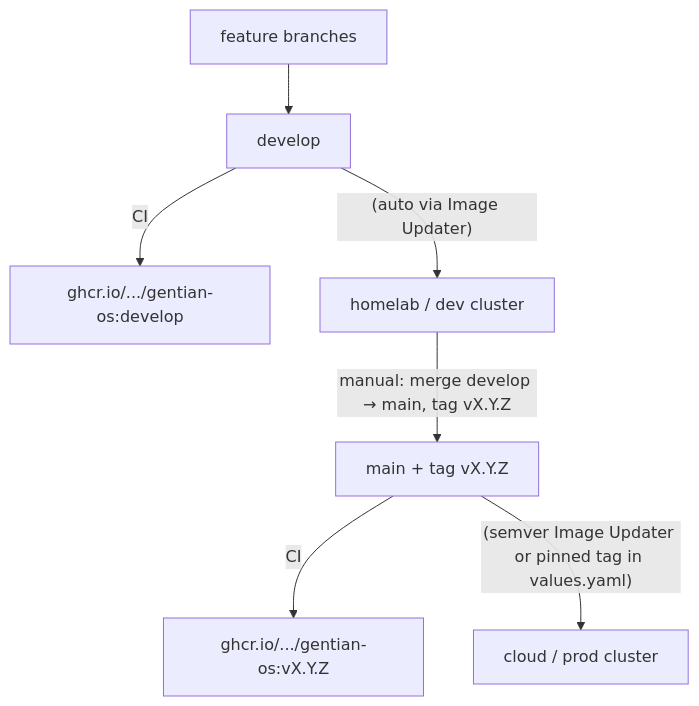
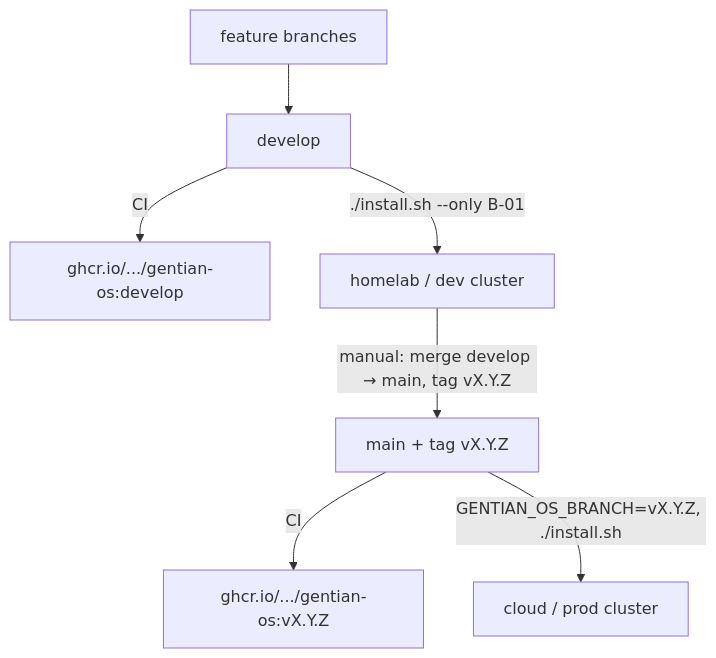
Before and after one commit to gentian-org/gentian-os: the first of 2 diagrams in docs/deployment.md, drawn with Mermaid. The commit also changed other lines of this file and 27 other files, not shown here.

````diff
--- a/docs/deployment.md
+++ b/docs/deployment.md
@@ -469,17 +356,17 @@
 ```mermaid
 flowchart TD
     FeatureBranches["feature branches"]
     Develop["develop"]
     ImageDev["ghcr.io/.../gentian-os:develop"]
     DevCluster["homelab / dev cluster"]
     Main["main + tag vX.Y.Z"]
     ImageProd["ghcr.io/.../gentian-os:vX.Y.Z"]
     ProdCluster["cloud / prod cluster"]
     
     FeatureBranches --> Develop
     Develop -->|"CI"| ImageDev
-    Develop -->|"(auto via Image Updater)"| DevCluster
+    Develop -->|"./install.sh --only B-01"| DevCluster
     DevCluster -->|"manual: merge develop → main, tag vX.Y.Z"| Main
     Main -->|"CI"| ImageProd
-    Main -->|"(semver Image Updater or pinned tag in values.yaml)"| ProdCluster
+    Main -->|"GENTIAN_OS_BRANCH=vX.Y.Z, ./install.sh"| ProdCluster
 ```
````
